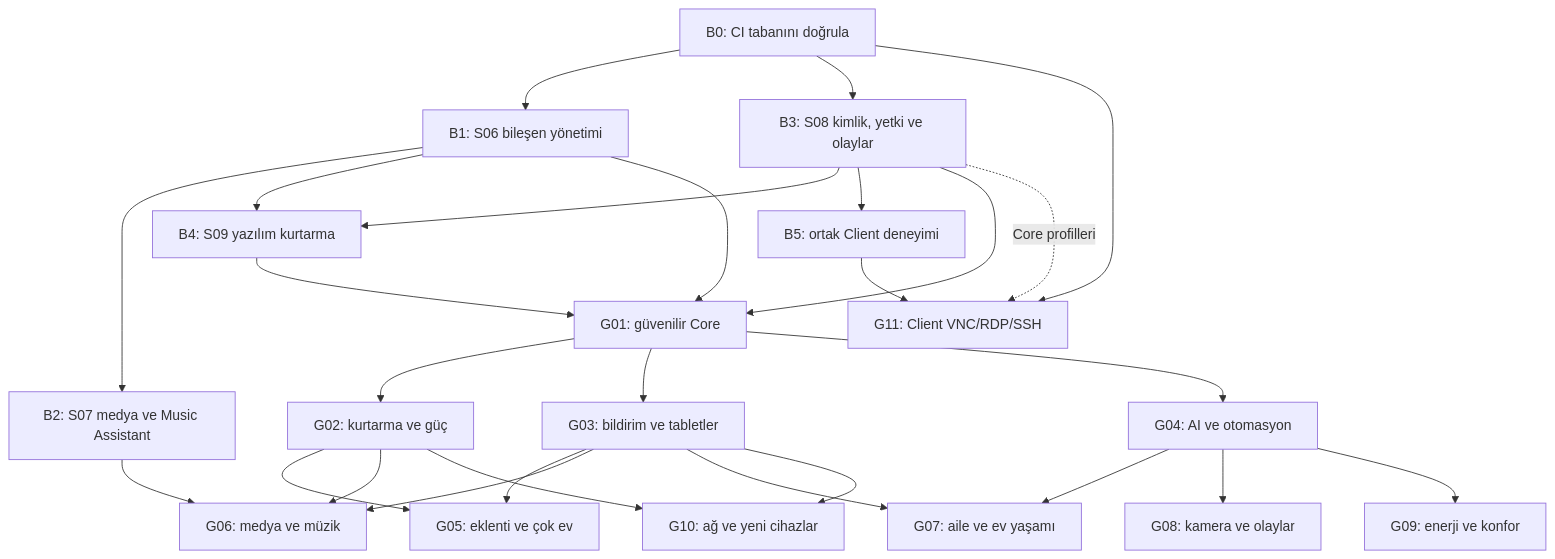
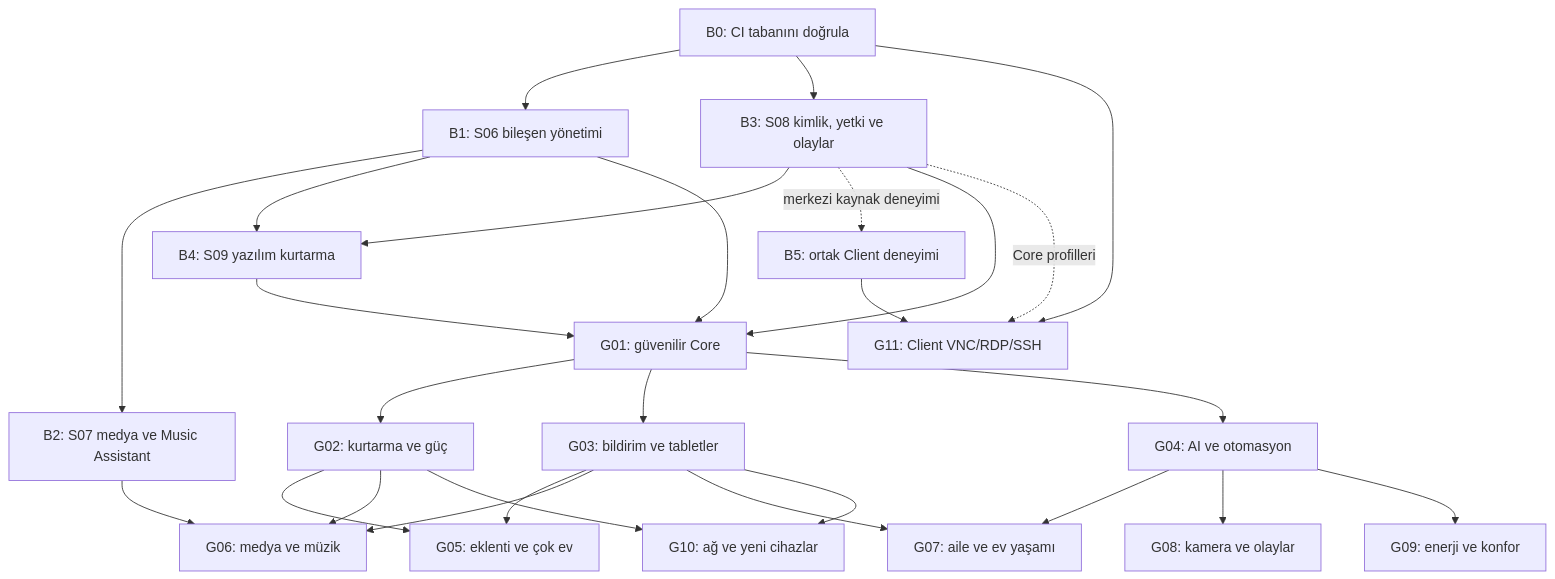
One commit to ersingundem/larenor changed the diagram in docs/feature-expansion-plan-2026-09-05.md. Above: the diagram before and after it, drawn with Mermaid. The commit also changed other lines of this file and 5 other files, not shown here.

````diff
--- a/docs/feature-expansion-plan-2026-09-05.md
+++ b/docs/feature-expansion-plan-2026-09-05.md
@@ -79,29 +82,29 @@
 ```mermaid
 flowchart TD
     B0["B0: CI tabanını doğrula"] --> B1["B1: S06 bileşen yönetimi"]
     B0 --> B3["B3: S08 kimlik, yetki ve olaylar"]
     B1 --> B2["B2: S07 medya ve Music Assistant"]
     B1 --> B4["B4: S09 yazılım kurtarma"]
     B3 --> B4
-    B3 --> B5["B5: ortak Client deneyimi"]
+    B3 -. "merkezi kaynak deneyimi" .-> B5["B5: ortak Client deneyimi"]
     B1 --> G1["G01: güvenilir Core"]
     B3 --> G1
     B4 --> G1
     G1 --> G2["G02: kurtarma ve güç"]
     G1 --> G3["G03: bildirim ve tabletler"]
     G1 --> G4["G04: AI ve otomasyon"]
     G2 --> G5["G05: eklenti ve çok ev"]
     G3 --> G5
     B2 --> G6["G06: medya ve müzik"]
     G2 --> G6
     G3 --> G6
     G4 --> G7["G07: aile ve ev yaşamı"]
     G3 --> G7
     G4 --> G8["G08: kamera ve olaylar"]
     G4 --> G9["G09: enerji ve konfor"]
     G2 --> G10["G10: ağ ve yeni cihazlar"]
     G3 --> G10
     B0 --> G11["G11: Client VNC/RDP/SSH"]
     B5 --> G11
     B3 -. "Core profilleri" .-> G11
 ```
````
